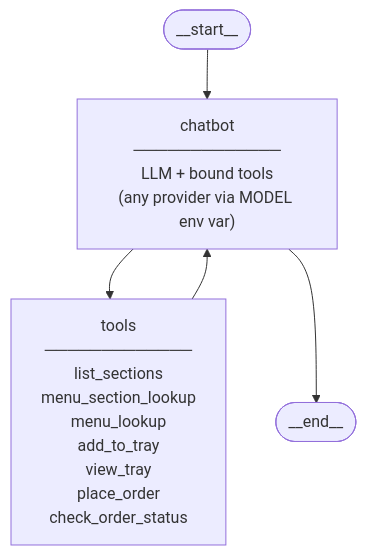
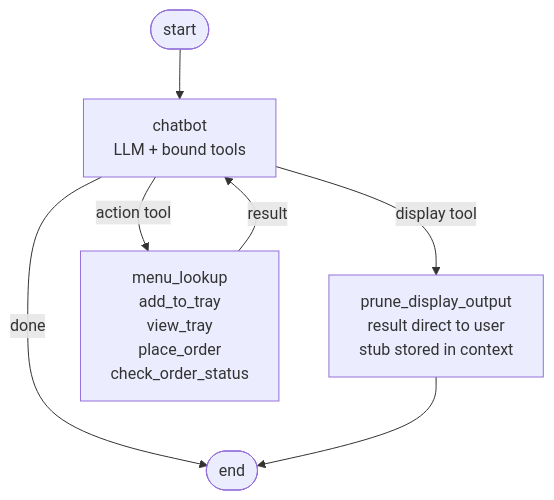
The diagram in README.md (Hemasrikj/ai-waiter), drawn with Mermaid before and after one commit. The commit also changed other lines of this file and 17 other files, not shown here.

````diff
--- a/README.md
+++ b/README.md
@@ -11,10 +11,9 @@
 ```mermaid
-graph TD
-    __start__([__start__]) --> chatbot
-    chatbot --> tools
-    chatbot --> __end__([__end__])
-    tools --> chatbot
-
-    chatbot["chatbot\n─────────────\nLLM + bound tools\n(any provider via MODEL env var)"]
-    tools["tools\n─────────────\nlist_sections\nmenu_section_lookup\nmenu_lookup\nadd_to_tray\nview_tray\nplace_order\ncheck_order_status"]
+flowchart TD
+    start([start]) --> chatbot["chatbot\nLLM + bound tools"]
+    chatbot -->|done| stop([end])
+    chatbot -->|display tool| prune["prune_display_output\nresult direct to user\nstub stored in context"]
+    chatbot -->|action tool| action["menu_lookup\nadd_to_tray\nview_tray\nplace_order\ncheck_order_status"]
+    prune --> stop
+    action -->|result| chatbot
 ```
````
